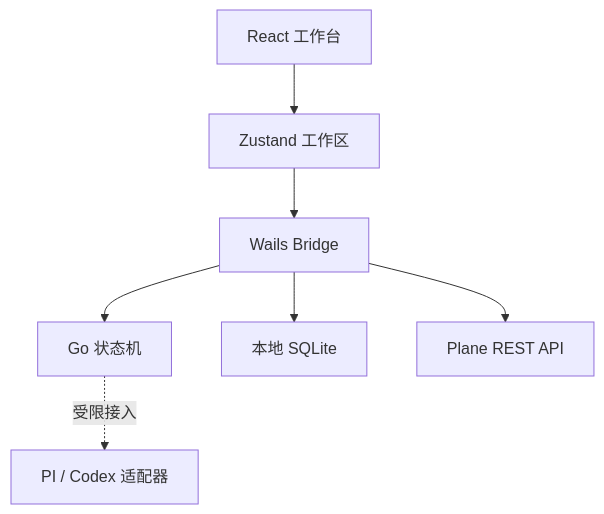
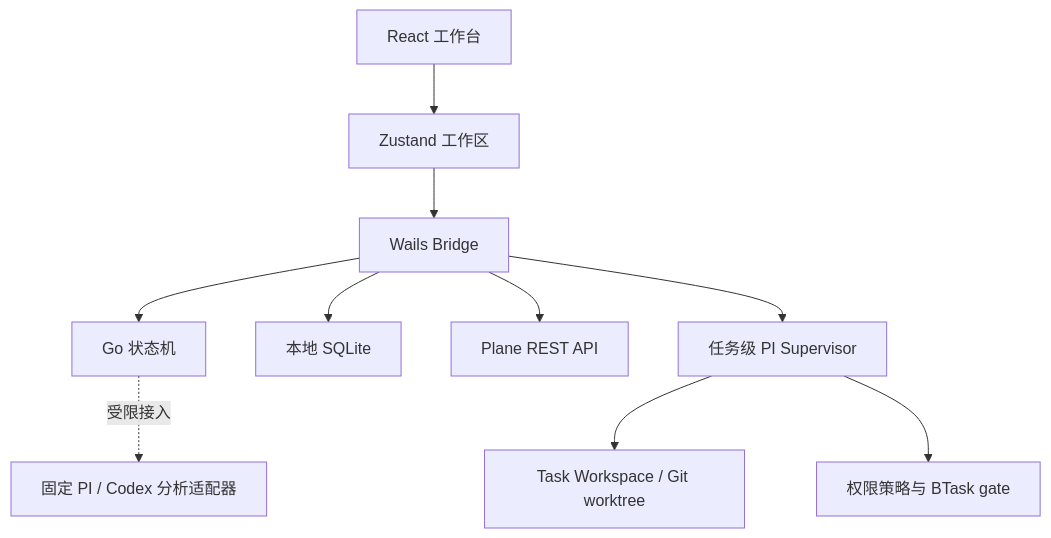
The diagram in docs/ARCHITECTURE.md (blue7zz/BTaskAssistant), drawn with Mermaid before and after one commit. The commit also changed other lines of this file and 18 other files, not shown here.

````diff
--- a/docs/ARCHITECTURE.md
+++ b/docs/ARCHITECTURE.md
@@ -16,9 +16,12 @@
 ```mermaid
 flowchart TD
     UI["React 工作台"] --> Store["Zustand 工作区"]
     Store --> Bridge["Wails Bridge"]
     Bridge --> Policy["Go 状态机"]
     Bridge --> Storage["本地 SQLite"]
     Bridge --> Plane["Plane REST API"]
-    Policy -. "受限接入" .-> Engines["PI / Codex 适配器"]
+    Bridge --> Agent["任务级 PI Supervisor"]
+    Agent --> Taskspace["Task Workspace / Git worktree"]
+    Agent --> Gate["权限策略与 BTask gate"]
+    Policy -. "受限接入" .-> Engines["固定 PI / Codex 分析适配器"]
 ```
````
